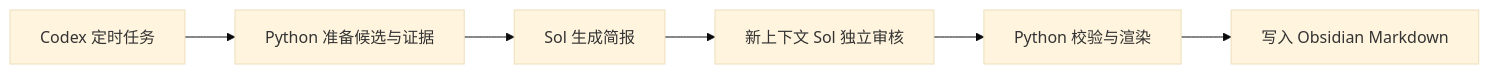
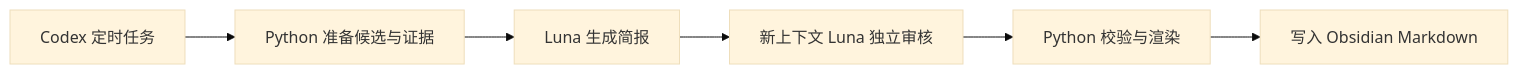
One commit to haoran3160-afk/AI_Daily_workflow changed the diagram in README.md. Above: the diagram before and after it, drawn with Mermaid (base theme). The commit also changed other lines of this file and 5 other files, not shown here.

````diff
--- a/README.md
+++ b/README.md
@@ -49,8 +49,8 @@
 ```mermaid
 flowchart LR
     A[Codex 定时任务] --> B[Python 准备候选与证据]
-    B --> C[Sol 生成简报]
-    C --> D[新上下文 Sol 独立审核]
+    B --> C[Luna 生成简报]
+    C --> D[新上下文 Luna 独立审核]
     D --> E[Python 校验与渲染]
     E --> F[写入 Obsidian Markdown]
 ```
````
